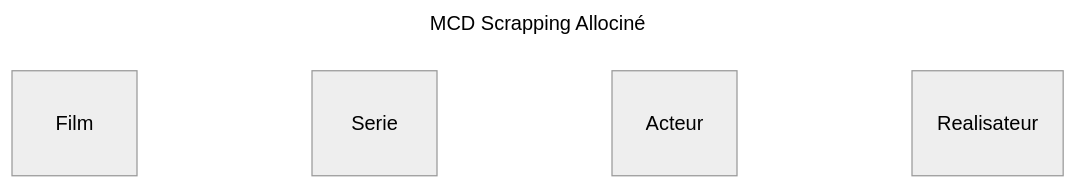
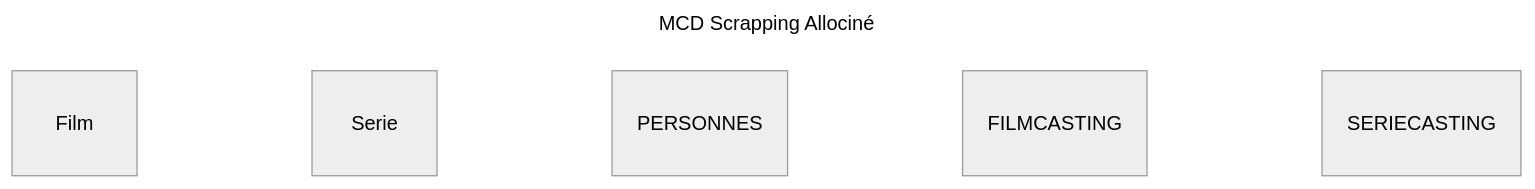
Before and after one commit to DaiTensa/brief_scraping_scrapy: the first of 3 diagrams in README.md, drawn with Mermaid (neutral theme). The commit also changed other lines of this file, not shown here.

Commit message:
Readme Schemas base Tables

````diff
--- a/README.md
+++ b/README.md
@@ -39,13 +39,15 @@
 ```mermaid
 ---
 title: MCD Scrapping Allociné
 ---
 erDiagram
     Film {}
     
     Serie {}
     
-    Acteur {}
+    PERSONNES {}
     
-    Realisateur {}
+    FILMCASTING {}
+
+    SERIECASTING {}
 ```
````
